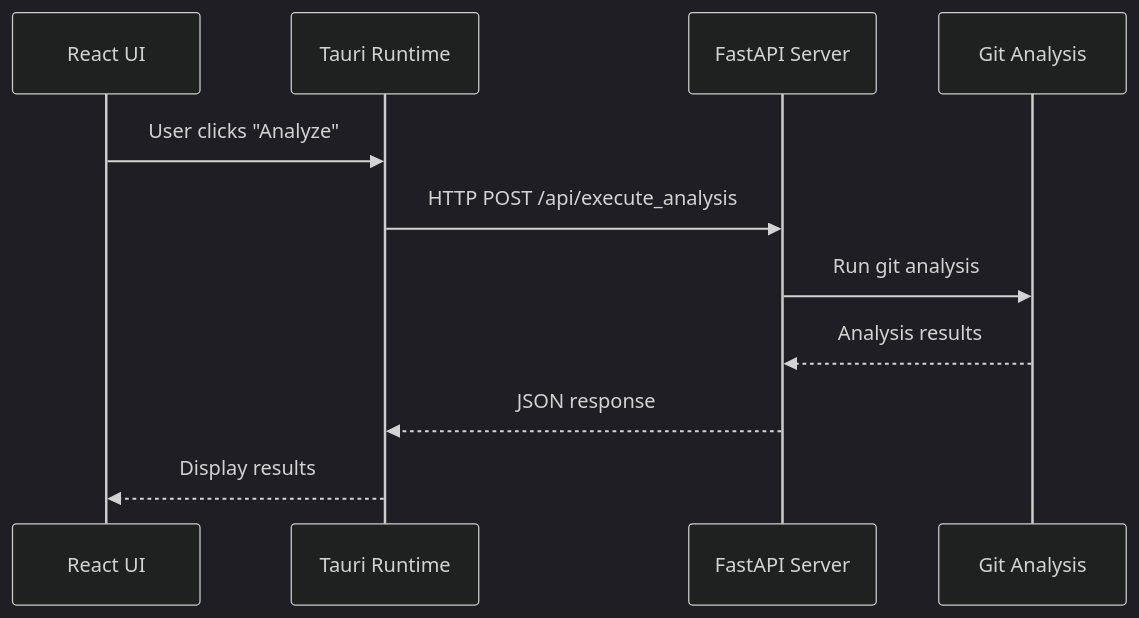
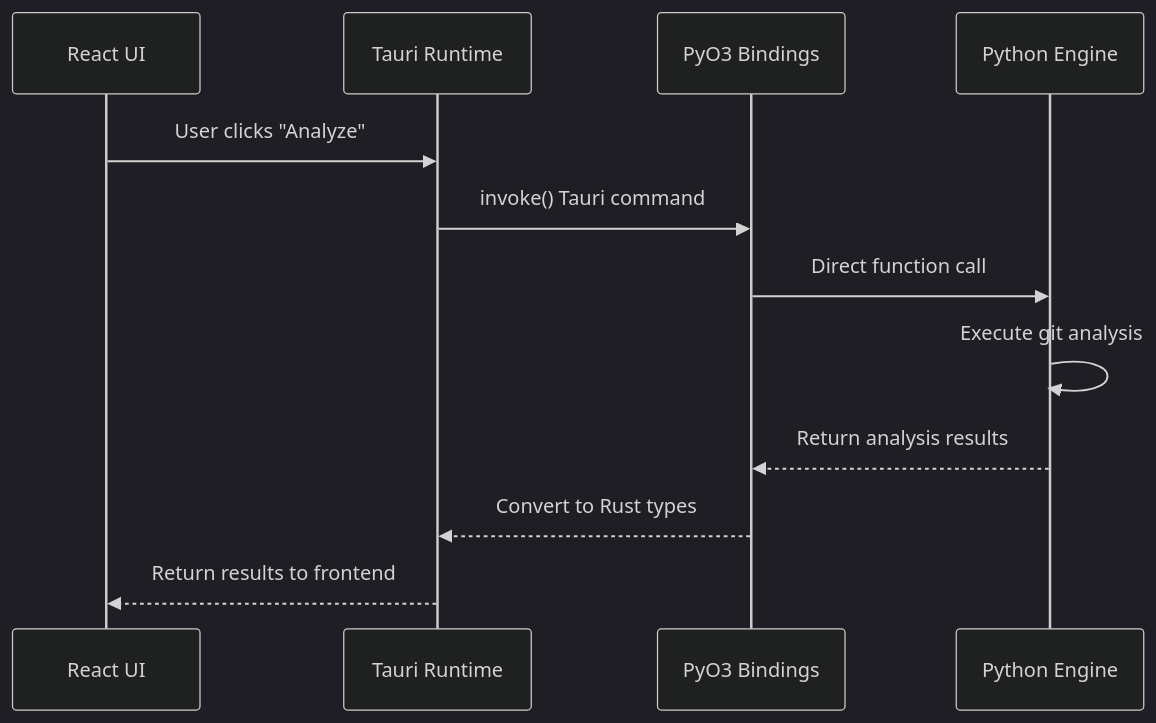
One commit to boost-edu-tools/gitinspectorgui changed the second of 2 diagrams in docs/technology-primer.md. Above: the diagram before and after it, drawn with Mermaid (dark theme). The commit also changed other lines of this file and 7 other files, not shown here.

First line of the commit message:
docs: redesign documentation for PyO3 architecture

````diff
--- a/docs/technology-primer.md
+++ b/docs/technology-primer.md
@@ -221,14 +230,15 @@
 ```mermaid
 sequenceDiagram
     participant UI as React UI
     participant Tauri as Tauri Runtime
-    participant API as FastAPI Server
-    participant Git as Git Analysis
+    participant PyO3 as PyO3 Bindings
+    participant Python as Python Engine
 
     UI->>Tauri: User clicks "Analyze"
-    Tauri->>API: HTTP POST /api/execute_analysis
-    API->>Git: Run git analysis
-    Git-->>API: Analysis results
-    API-->>Tauri: JSON response
-    Tauri-->>UI: Display results
+    Tauri->>PyO3: invoke() Tauri command
+    PyO3->>Python: Direct function call
+    Python->>Python: Execute git analysis
+    Python-->>PyO3: Return analysis results
+    PyO3-->>Tauri: Convert to Rust types
+    Tauri-->>UI: Return results to frontend
 ```
````
